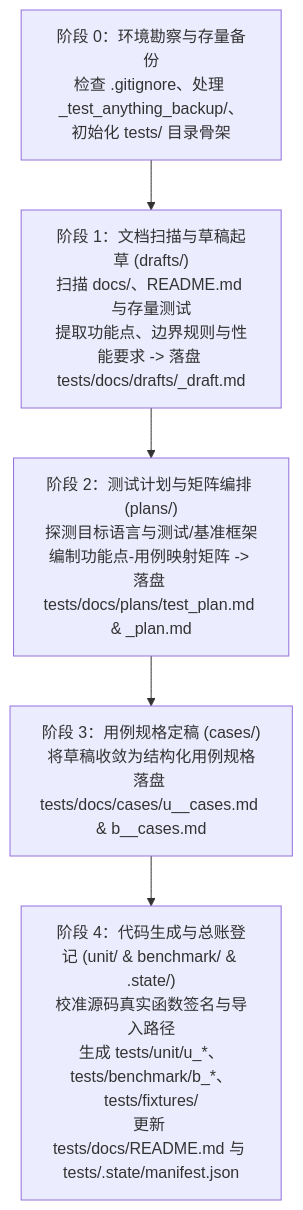
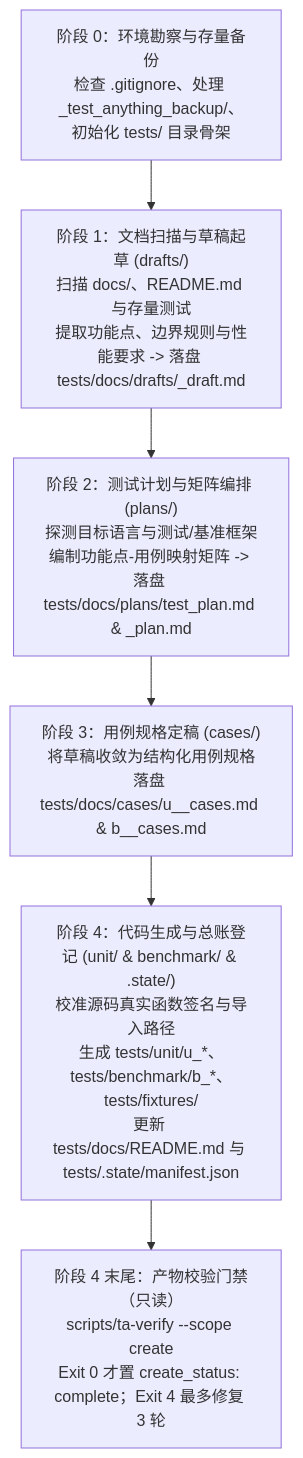
Before and after one commit to 4everSivan/test-anything: the second of 3 diagrams in README.md, drawn with Mermaid. The commit also changed other lines of this file and 132 other files, not shown here.

````diff
--- a/README.md
+++ b/README.md
@@ -167,8 +168,9 @@
 ```mermaid
 flowchart TD
     S0["阶段 0：环境勘察与存量备份\n检查 .gitignore、处理 _test_anything_backup/、初始化 tests/ 目录骨架"] --> S1
     S1["阶段 1：文档扫描与草稿起草 (drafts/)\n扫描 docs/、README.md 与存量测试\n提取功能点、边界规则与性能要求 -> 落盘 tests/docs/drafts/<module>_draft.md"] --> S2
     S2["阶段 2：测试计划与矩阵编排 (plans/)\n探测目标语言与测试/基准框架\n编制功能点-用例映射矩阵 -> 落盘 tests/docs/plans/test_plan.md & <module>_plan.md"] --> S3
     S3["阶段 3：用例规格定稿 (cases/)\n将草稿收敛为结构化用例规格\n落盘 tests/docs/cases/u_<module>_cases.md & b_<module>_cases.md"] --> S4
     S4["阶段 4：代码生成与总账登记 (unit/ & benchmark/ & .state/)\n校准源码真实函数签名与导入路径\n生成 tests/unit/u_*、tests/benchmark/b_*、tests/fixtures/\n更新 tests/docs/README.md 与 tests/.state/manifest.json"]
+    S4 --> S5["阶段 4 末尾：产物校验门禁（只读）\nscripts/ta-verify --scope create\nExit 0 才置 create_status: complete；Exit 4 最多修复 3 轮"]
 ```
````
